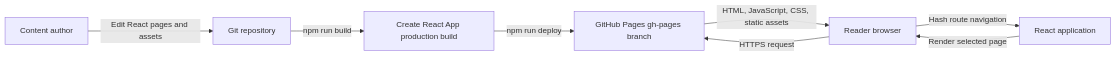
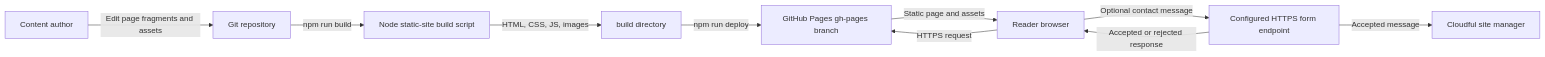
One commit to cloudful-io/cloudful-io.github.io changed the first of 2 diagrams in docs/system-architecture.md. Above: the diagram before and after it, drawn with Mermaid. The commit also changed other lines of this file and 25 other files, not shown here.

Commit message:
Updated cloudful.io content

````diff
--- a/docs/system-architecture.md
+++ b/docs/system-architecture.md
@@ -11,10 +11,12 @@
 ```mermaid
 flowchart LR
-    Author[Content author] -->|Edit React pages and assets| Repo[Git repository]
-    Repo -->|npm run build| Build[Create React App production build]
-    Build -->|npm run deploy| Pages[GitHub Pages gh-pages branch]
+    Author[Content author] -->|Edit page fragments and assets| Repo[Git repository]
+    Repo -->|npm run build| Generator[Node static-site build script]
+    Generator -->|HTML, CSS, JS, images| Output[build directory]
+    Output -->|npm run deploy| Pages[GitHub Pages gh-pages branch]
     Reader[Reader browser] -->|HTTPS request| Pages
-    Pages -->|HTML, JavaScript, CSS, static assets| Reader
-    Reader -->|Hash route navigation| App[React application]
-    App -->|Render selected page| Reader
+    Pages -->|Static page and assets| Reader
+    Reader -->|Optional contact message| Form[Configured HTTPS form endpoint]
+    Form -->|Accepted or rejected response| Reader
+    Form -->|Accepted message| Manager[Cloudful site manager]
 ```
````
